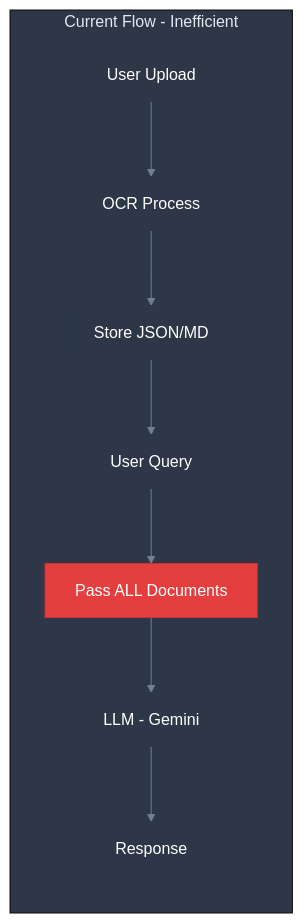
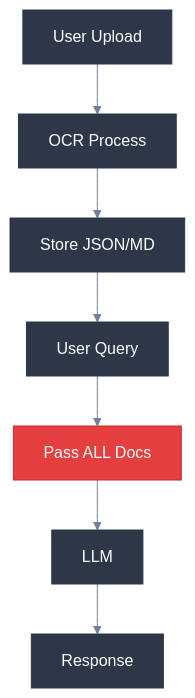
Before and after one commit to manumishra-zm/execution_plan: the first of 17 diagrams in chat_context/chat_context.md, drawn with Mermaid. The commit also changed other lines of this file, not shown here.

````diff
--- a/chat_context/chat_context.md
+++ b/chat_context/chat_context.md
@@ -39,15 +39,8 @@
 ```mermaid
 %%{init: {'theme': 'base', 'themeVariables': { 'primaryColor': '#4a5568', 'primaryTextColor': '#fff', 'primaryBorderColor': '#2d3748', 'lineColor': '#718096', 'secondaryColor': '#2d3748', 'tertiaryColor': '#1a202c', 'background': '#1a202c', 'mainBkg': '#2d3748', 'textColor': '#e2e8f0'}}}%%
-flowchart LR
-    subgraph Current["Current Flow - Inefficient"]
-        A[User Upload] --> B[OCR Process]
-        B --> C[Store JSON/MD]
-        C --> D[User Query]
-        D --> E["Pass ALL Documents"]
-        E --> F[LLM - Gemini]
-        F --> G[Response]
-    end
-
+flowchart TD
+    A[User Upload] --> B[OCR Process] --> C[Store JSON/MD]
+    C --> D[User Query] --> E["Pass ALL Docs"]
+    E --> F[LLM] --> G[Response]
     style E fill:#e53e3e,color:#fff,stroke:#c53030
-    style Current fill:#2d3748,color:#e2e8f0
 ```
````
